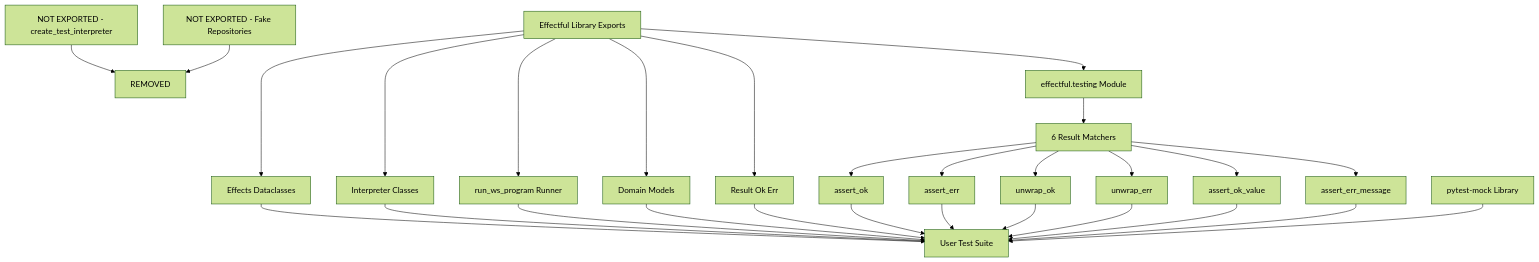
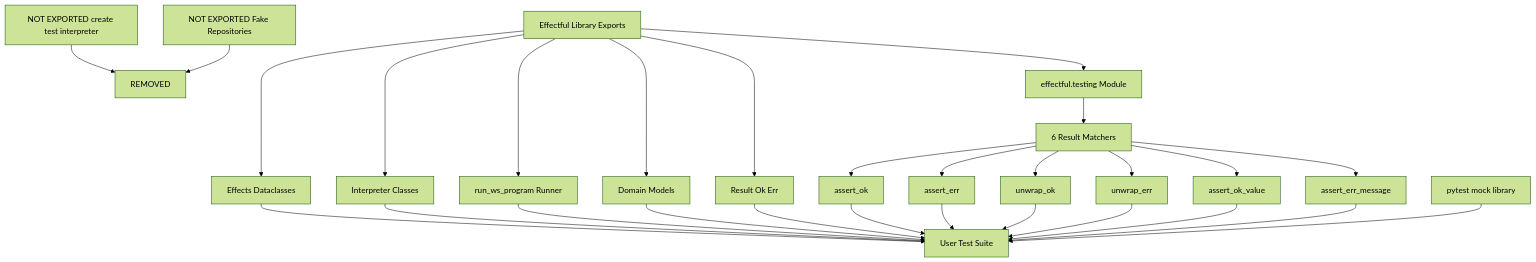
One commit to Tuee22/effectful changed the second of 6 diagrams in documents/engineering/testing.md. Above: the diagram before and after it, drawn with Mermaid (forest theme). The commit also changed other lines of this file and 193 other files, not shown here.

````diff
--- a/documents/engineering/testing.md
+++ b/documents/engineering/testing.md
@@ -60,39 +65,39 @@
 ```mermaid
 flowchart TB
   Library[Effectful Library Exports]
   Testing[effectful.testing Module]
   UserTests[User Test Suite]
 
   Library --> Effects[Effects Dataclasses]
   Library --> Interpreters[Interpreter Classes]
   Library --> Programs[run_ws_program Runner]
   Library --> Domain[Domain Models]
   Library --> Algebraic[Result Ok Err]
   Library --> Testing
 
   Testing --> Matchers[6 Result Matchers]
 
   Matchers --> AssertOk[assert_ok]
   Matchers --> AssertErr[assert_err]
   Matchers --> UnwrapOk[unwrap_ok]
   Matchers --> UnwrapErr[unwrap_err]
   Matchers --> AssertOkValue[assert_ok_value]
   Matchers --> AssertErrMessage[assert_err_message]
 
   Effects --> UserTests
   Interpreters --> UserTests
   Programs --> UserTests
   Domain --> UserTests
   Algebraic --> UserTests
   AssertOk --> UserTests
   AssertErr --> UserTests
   UnwrapOk --> UserTests
   UnwrapErr --> UserTests
   AssertOkValue --> UserTests
   AssertErrMessage --> UserTests
 
-  PytestMock[pytest-mock Library] --> UserTests
+  PytestMock[pytest mock library] --> UserTests
 
-  NotExported[NOT EXPORTED - create_test_interpreter] --> X[REMOVED]
-  NotExported2[NOT EXPORTED - Fake Repositories] --> X
+  NotExported[NOT EXPORTED create test interpreter] --> X[REMOVED]
+  NotExported2[NOT EXPORTED Fake Repositories] --> X
 ```
````
